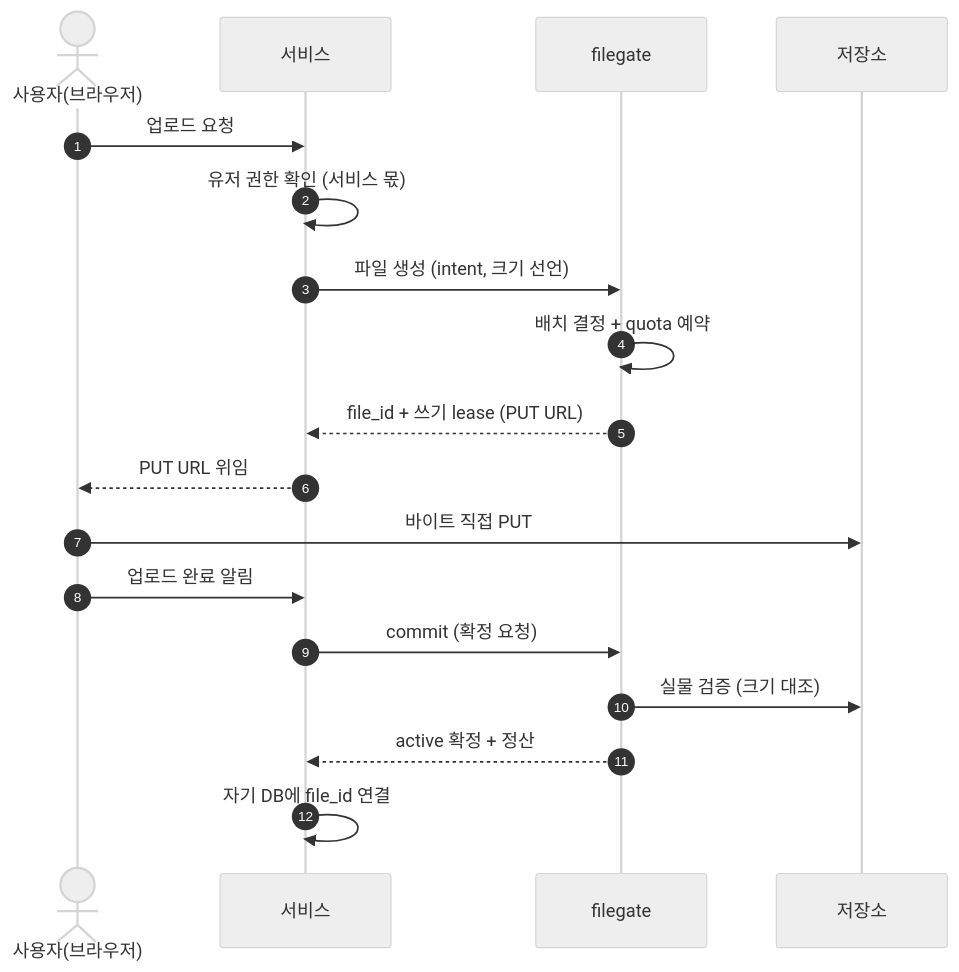
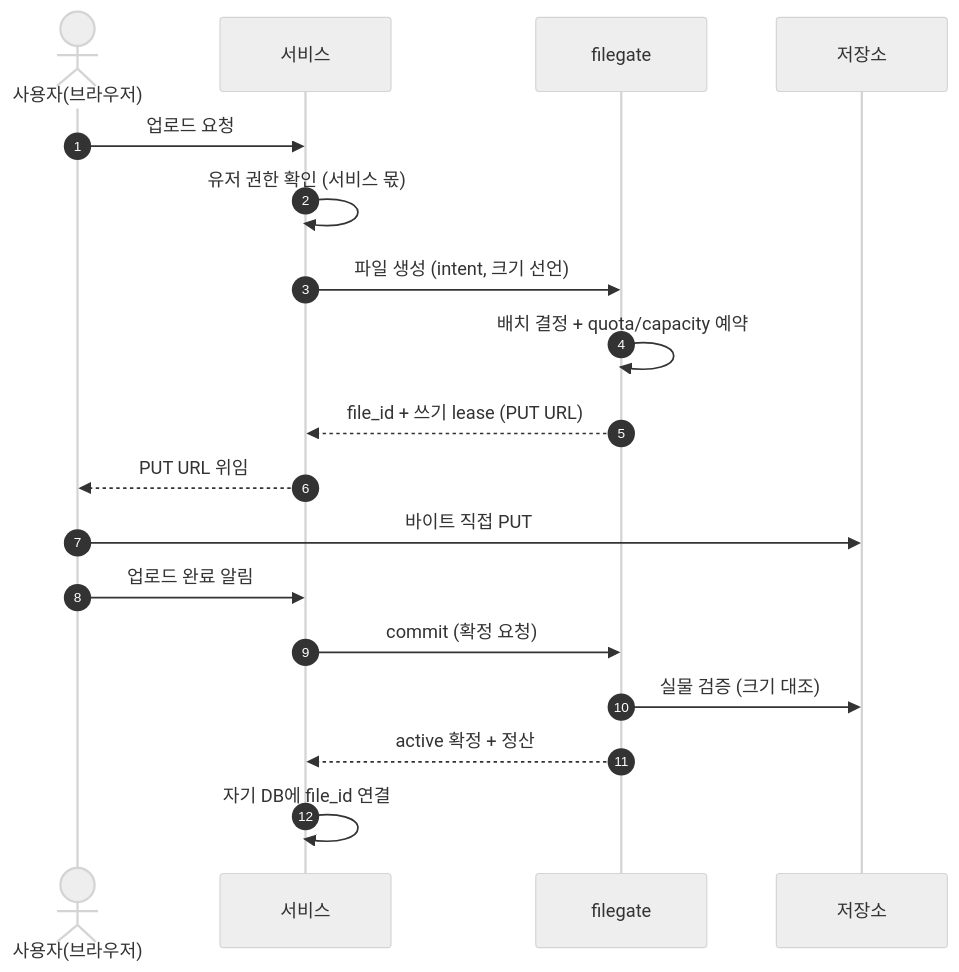
Before and after one commit to cagojeiger/filegate: the diagram in docs/adr/002-lease-model.md, drawn with Mermaid (neutral theme). The commit also changed other lines of this file and 6 other files, not shown here.

````diff
--- a/docs/adr/002-lease-model.md
+++ b/docs/adr/002-lease-model.md
@@ -35,21 +37,21 @@
 ```mermaid
 sequenceDiagram
     autonumber
     actor U as 사용자(브라우저)
     participant S as 서비스
     participant F as filegate
     participant O as 저장소
 
     U->>S: 업로드 요청
     S->>S: 유저 권한 확인 (서비스 몫)
     S->>F: 파일 생성 (intent, 크기 선언)
-    F->>F: 배치 결정 + quota 예약
+    F->>F: 배치 결정 + quota/capacity 예약
     F-->>S: file_id + 쓰기 lease (PUT URL)
     S-->>U: PUT URL 위임
     U->>O: 바이트 직접 PUT
     U->>S: 업로드 완료 알림
     S->>F: commit (확정 요청)
     F->>O: 실물 검증 (크기 대조)
     F-->>S: active 확정 + 정산
     S->>S: 자기 DB에 file_id 연결
 ```
````
